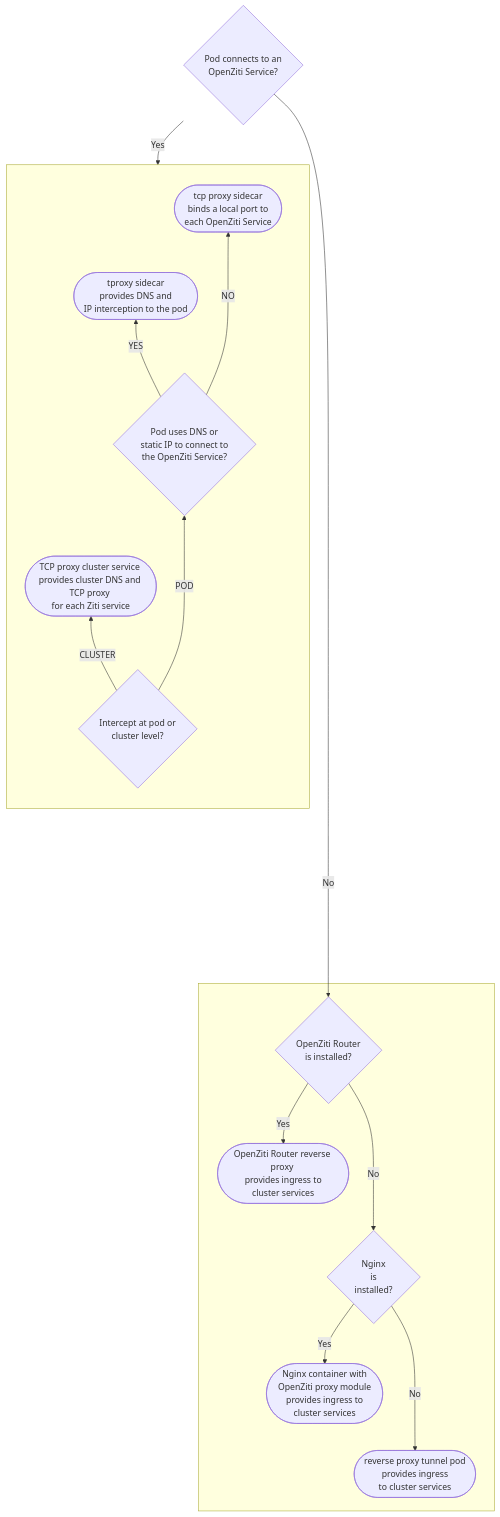
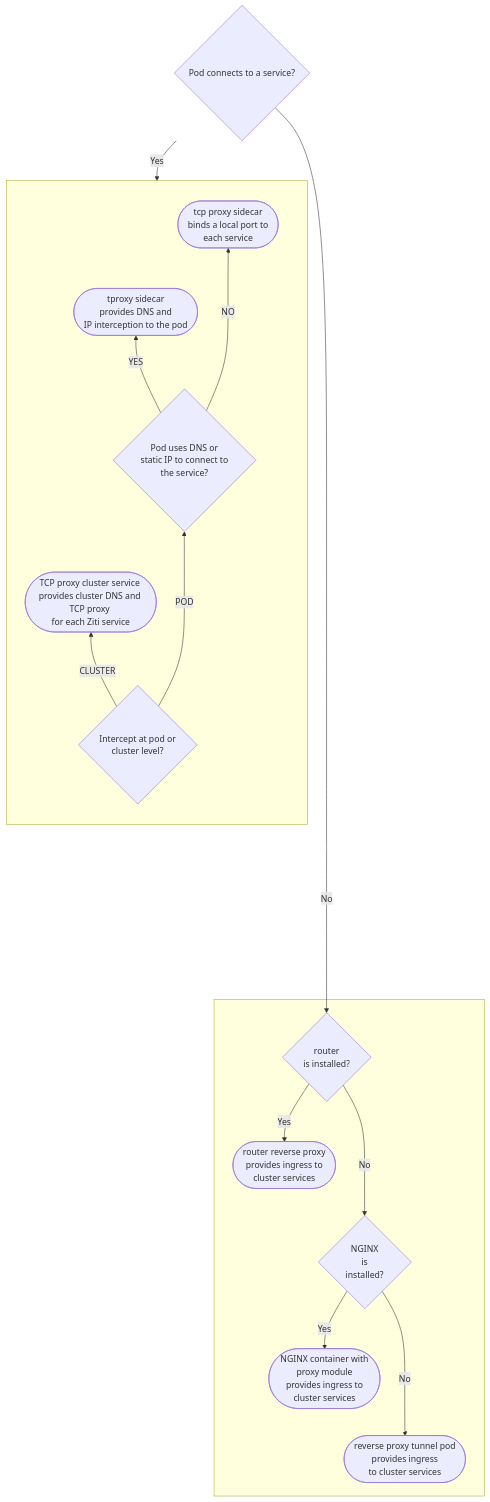
One commit to openziti/ziti-doc changed the diagram in docusaurus/docs/reference/tunnelers/80-kubernetes/index.mdx. Above: the diagram before and after it, drawn with Mermaid. The commit also changed other lines of this file and 78 other files, not shown here.

````diff
--- a/docusaurus/docs/reference/tunnelers/80-kubernetes/index.mdx
+++ b/docusaurus/docs/reference/tunnelers/80-kubernetes/index.mdx
@@ -8,26 +8,26 @@
 ```mermaid
 graph TB; 
-  A{Pod connects to an </br>OpenZiti Service?}
+  A{Pod connects to a service?}
   A -- Yes --> B{Intercept at pod or </br>cluster level?}
   subgraph egressGraph ["&nbsp;"]
     direction BT
     B -- CLUSTER --> F(["TCP proxy cluster service </br>provides cluster DNS and TCP proxy </br>for each Ziti service"])
-    B -- POD ---> G{Pod uses DNS or </br>static IP to connect to </br>the OpenZiti Service?}
+    B -- POD ---> G{Pod uses DNS or </br>static IP to connect to </br>the service?}
     G -- YES --> H(["tproxy sidecar</br> provides DNS and </br>IP interception to the pod"])
-    G -- NO ---> I(["tcp proxy sidecar</br>binds a local port to </br>each OpenZiti Service"])
+    G -- NO ---> I(["tcp proxy sidecar</br>binds a local port to </br>each service"])
   end
   class egressGraph subgraphClass
-  A -- No --------> K{OpenZiti Router </br>is installed?}
+  A -- No --------> K{router </br>is installed?}
   subgraph ingressGraph ["&nbsp;"]
-    K -- Yes --> J([OpenZiti Router reverse proxy </br>provides ingress to</br>cluster services])
-    K -- No ---> C{Nginx </br>is </br>installed?}
-    C -- Yes --> D([Nginx container with </br>OpenZiti proxy module </br>provides ingress to</br>cluster services])
+    K -- Yes --> J([router reverse proxy </br>provides ingress to</br>cluster services])
+    K -- No ---> C{NGINX </br>is </br>installed?}
+    C -- Yes --> D([NGINX container with </br>proxy module </br>provides ingress to</br>cluster services])
     C -- No ---> E([reverse proxy tunnel pod</br>provides ingress </br>to cluster services])
   end
-  click D "#nginx-proxy-module" "OpenZiti Nginx Module"
+  click D "#nginx-proxy-module" "NGINX Module"
   click E "#reverse-proxy-tunnel-pod" "ziti-host"
   click F "#tcp-proxy-cluster-service" "cluster proxy"
   click H "#transparent-proxy-sidecar" "transparent sidecar"
   click I "#tcp-proxy-sidecar" "loopback sidecar"
   click J "#reverse-proxy-router-pod" "cluster reverse proxy"
 ```
````
